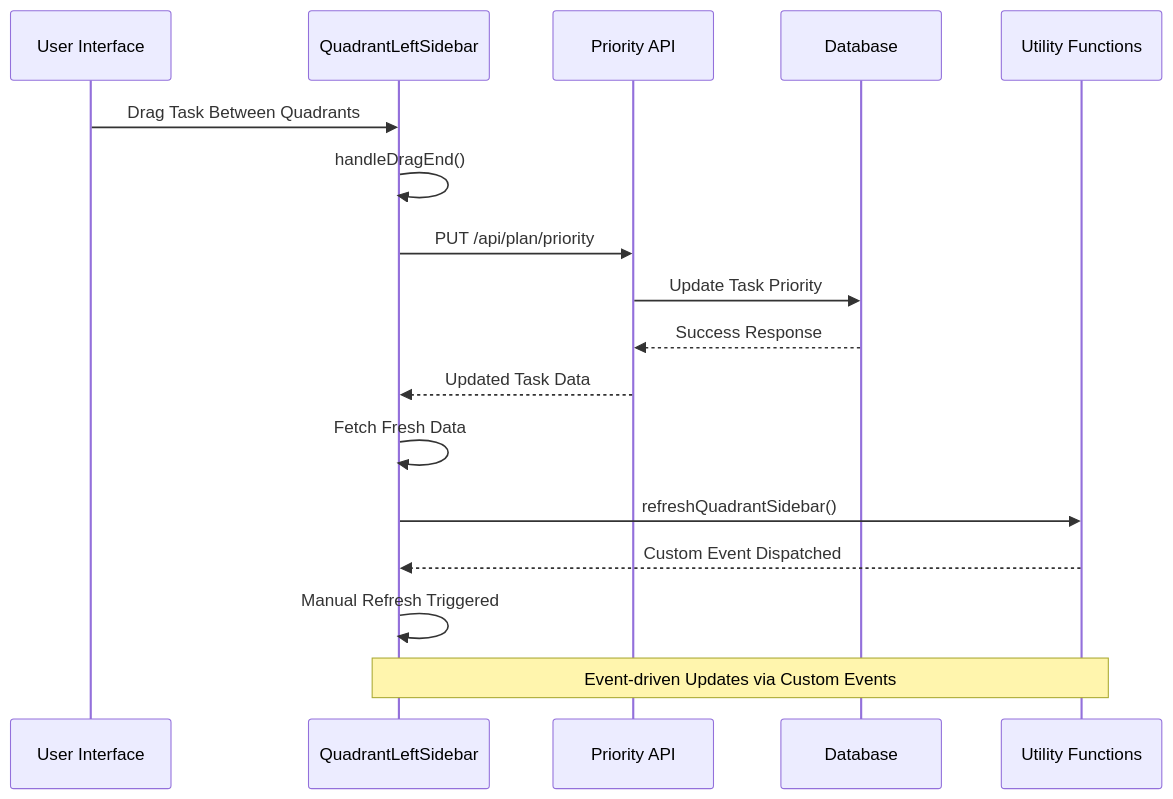
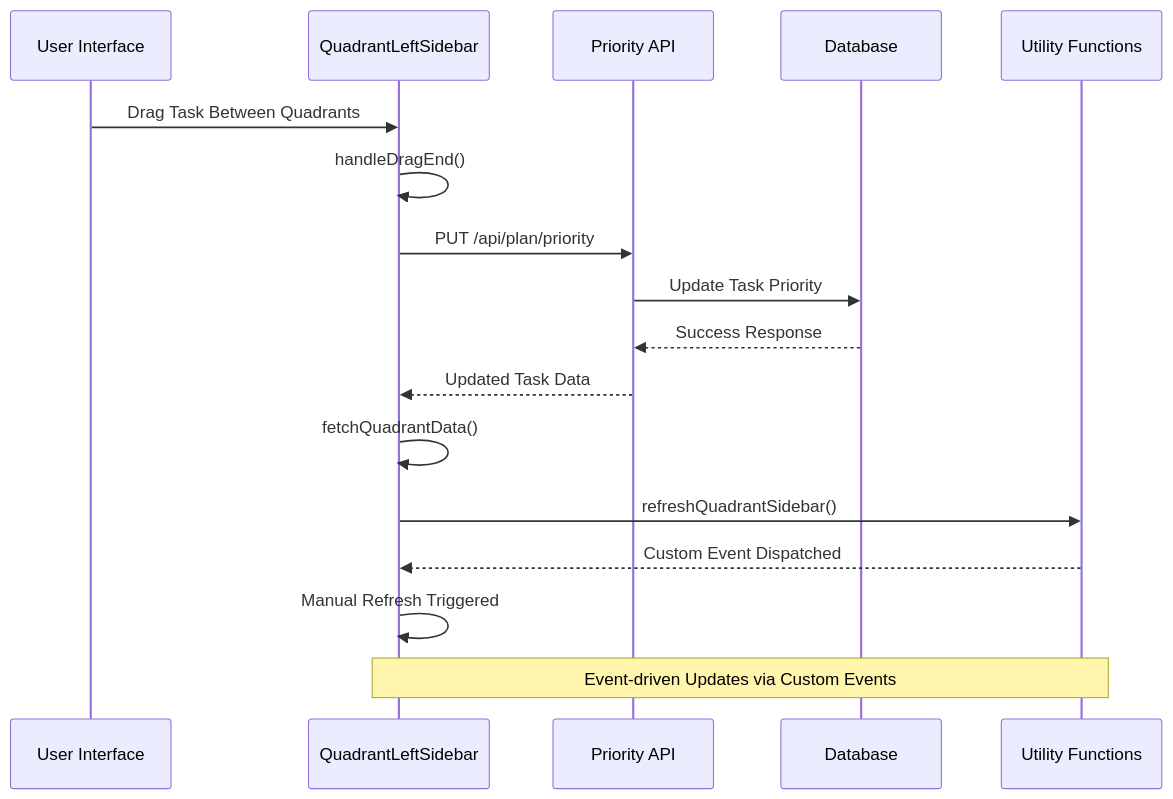
One commit to peixuanhu/goal-mate changed the fourth of 11 diagrams in .qoder/repowiki/en/content/Quadrant Left Sidebar.md. Above: the diagram before and after it, drawn with Mermaid. The commit also changed other lines of this file and 14 other files, not shown here.

````diff
--- a/.qoder/repowiki/en/content/Quadrant Left Sidebar.md
+++ b/.qoder/repowiki/en/content/Quadrant Left Sidebar.md
@@ -133,19 +161,19 @@
 ```mermaid
 sequenceDiagram
 participant User as User Interface
 participant Sidebar as QuadrantLeftSidebar
 participant API as Priority API
 participant DB as Database
 participant Utils as Utility Functions
 User->>Sidebar : Drag Task Between Quadrants
 Sidebar->>Sidebar : handleDragEnd()
 Sidebar->>API : PUT /api/plan/priority
 API->>DB : Update Task Priority
 DB-->>API : Success Response
 API-->>Sidebar : Updated Task Data
-Sidebar->>Sidebar : Fetch Fresh Data
+Sidebar->>Sidebar : fetchQuadrantData()
 Sidebar->>Utils : refreshQuadrantSidebar()
 Utils-->>Sidebar : Custom Event Dispatched
 Sidebar->>Sidebar : Manual Refresh Triggered
 Note over Sidebar,Utils : Event-driven Updates via Custom Events
 ```
````
